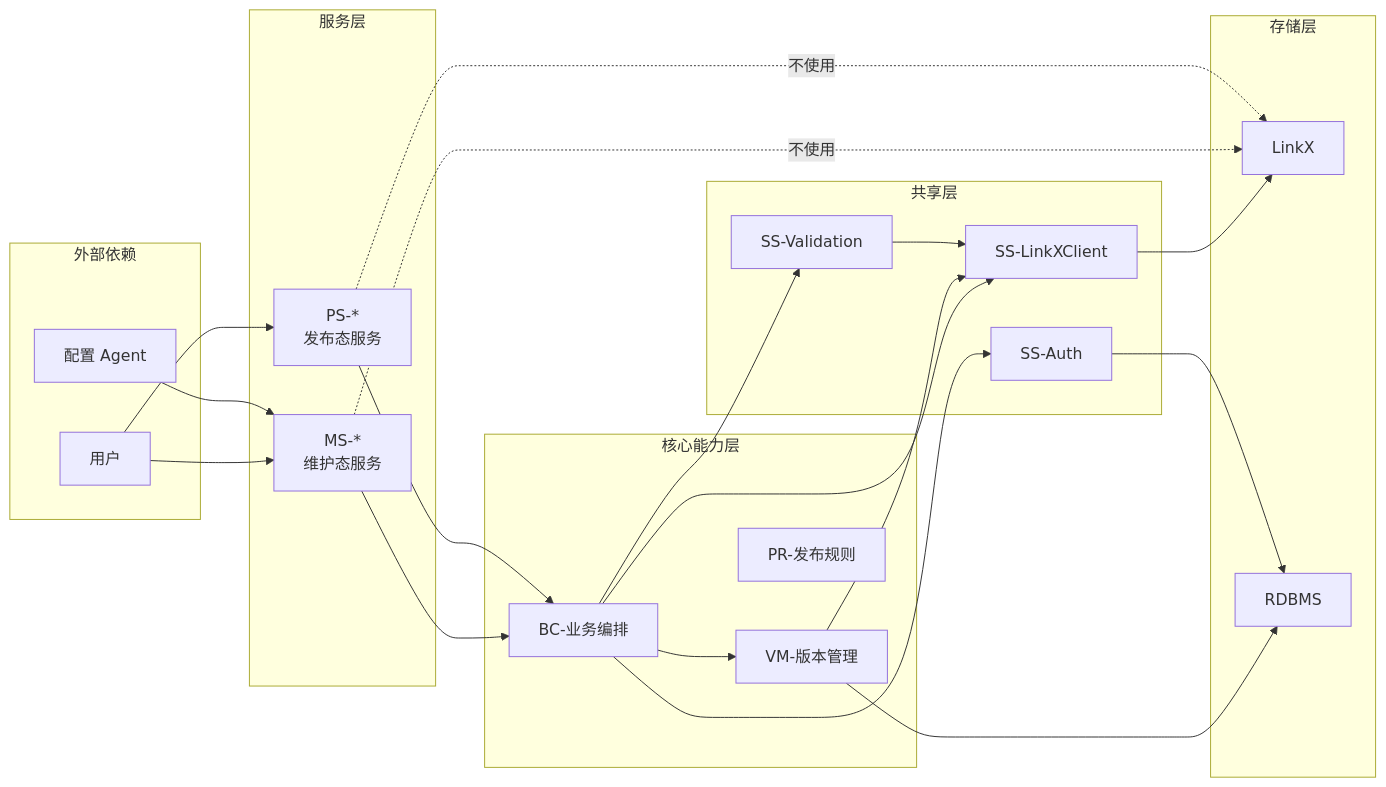
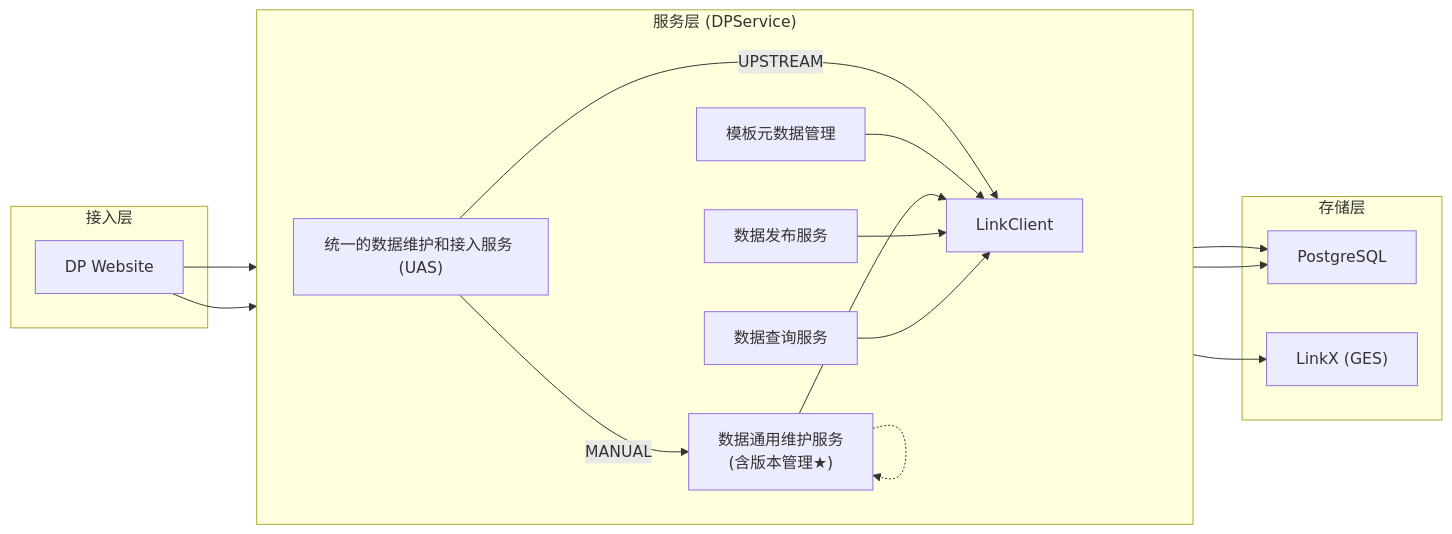
The fifth of 13 diagrams in docs/数字产品系统架构设计说明书.md (goflyboy/digitalproduct), drawn with Mermaid before and after one commit. The commit also changed other lines of this file and 3 other files, not shown here.

````diff
--- a/docs/数字产品系统架构设计说明书.md
+++ b/docs/数字产品系统架构设计说明书.md
@@ -1898,51 +2248,39 @@
 ```mermaid
 flowchart LR
-    subgraph External["外部依赖"]
-        USER["用户"]
-        AGENT["配置 Agent"]
+    subgraph Access["接入层"]
+        WEB["DP Website"]
     end
 
-    subgraph Service["服务层"]
-        MS["MS-*<br/>维护态服务"]
-        PS["PS-*<br/>发布态服务"]
-    end
-
-    subgraph Core["核心能力层"]
-        BC["BC-业务编排"]
-        VM["VM-版本管理"]
-        PR["PR-发布规则"]
-    end
-
-    subgraph Shared["共享层"]
-        LC["SS-LinkXClient"]
-        VAL["SS-Validation"]
-        AUTH["SS-Auth"]
+    subgraph Service["服务层 (DPService)"]
+        direction LR
+        UAS["统一的数据维护和接入服务 (UAS)"]
+        TM["模板元数据管理"]
+        MS["数据通用维护服务<br/>(含版本管理★)"]
+        PS["数据发布服务"]
+        QS["数据查询服务"]
+        LC["LinkClient"]
     end
 
     subgraph Storage["存储层"]
-        LNK["LinkX"]
-        RDS["RDBMS"]
+        PG["PostgreSQL"]
+        LNK["LinkX (GES)"]
     end
 
-    USER --> MS
-    AGENT --> MS
-    USER --> PS
+    WEB --> UAS
+    WEB --> TM
 
-    MS --> BC
-    PS --> BC
+    UAS -->|"MANUAL"| MS
+    UAS -->|"UPSTREAM"| LC
 
-    BC --> VM
-    BC --> LC
-    BC --> VAL
-    BC --> AUTH
+    TM --> PG
+    TM --> LC
 
-    VM --> LC
-    VM --> RDS
+    MS --> LC
+    MS -.-> MS
 
-    VAL --> LC
-    AUTH --> RDS
+    PS --> LC
+    QS --> LC
 
+    LC --> PG
     LC --> LNK
-    MS -.->|不使用| LNK
-    PS -.->|不使用| LNK
 ```
````
